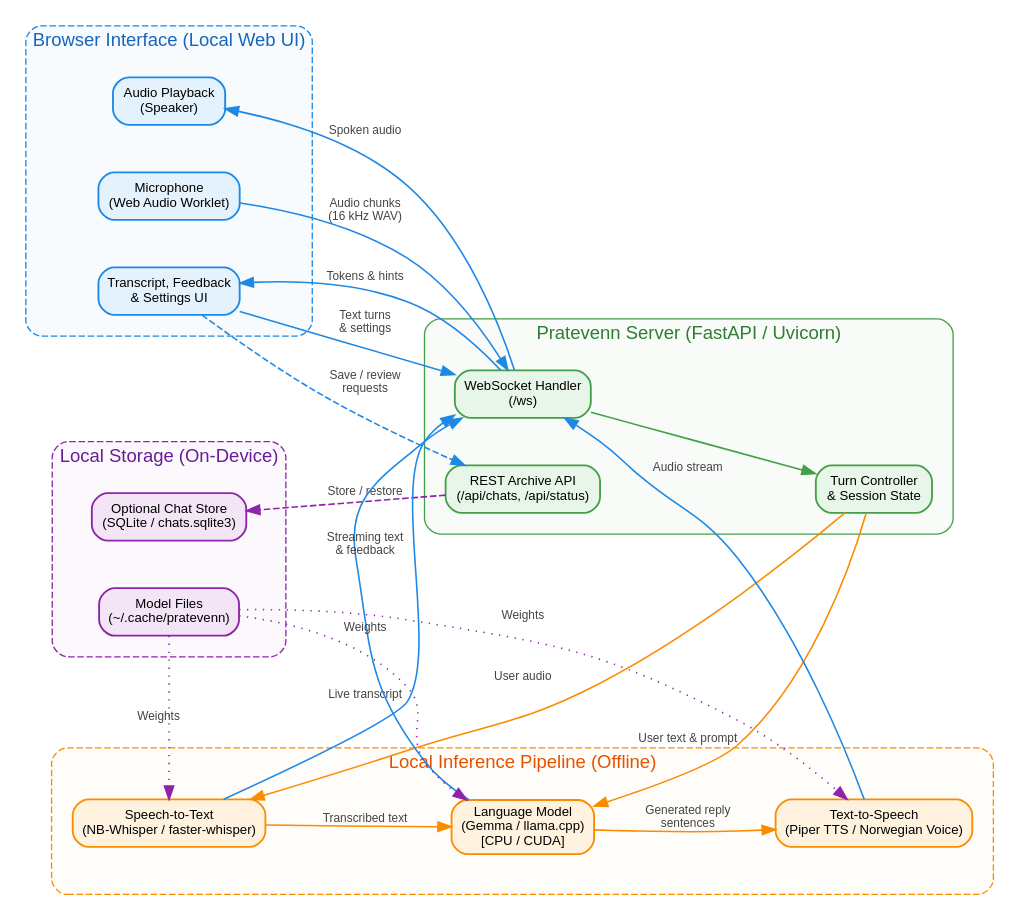
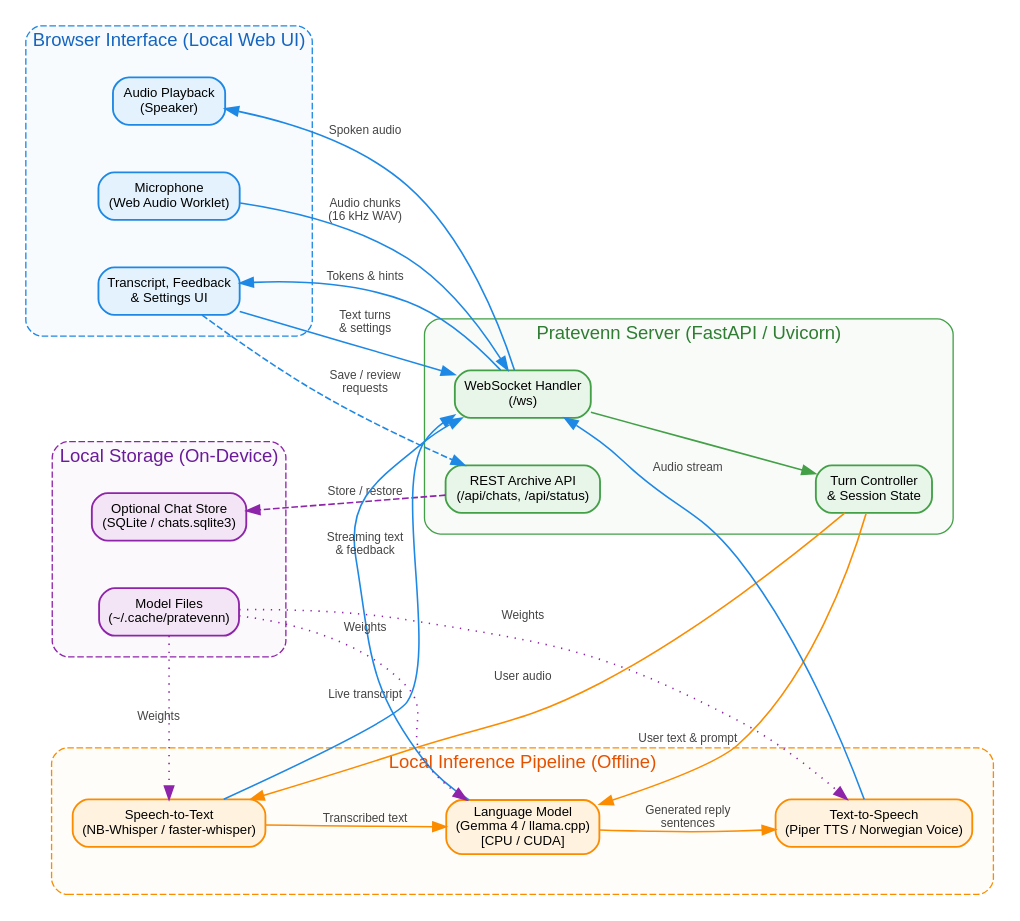
One commit to UrukiApp/pratevenn changed the diagram in docs/assets/diagrams/architecture.dot. Above: the diagram before and after it, drawn with Graphviz. The commit also changed 16 other files, not shown here.

```diff
--- a/docs/assets/diagrams/architecture.dot
+++ b/docs/assets/diagrams/architecture.dot
@@ -1,108 +1,108 @@
 digraph PratevennArchitecture {
     fontname = "Helvetica,Arial,sans-serif"
     layout = dot
     rankdir = LR
     ranksep = 0.8
     nodesep = 0.5
     splines = true
     compound = true
     bgcolor = "white"
 
     node [
         fontname = "Helvetica,Arial,sans-serif",
         shape = box,
         style = "filled,rounded",
         color = "#555555",
         fillcolor = "white",
         penwidth = 1.4,
         fontsize = 10
     ]
 
     edge [
         fontname = "Helvetica,Arial,sans-serif",
         color = "#444444",
         fontsize = 9,
         fontcolor = "#444444",
         penwidth = 1.2
     ]
 
     subgraph cluster_browser {
         label = "Browser Interface (Local Web UI)"
         style = "rounded,dashed"
         color = "#1E88E5"
         fontcolor = "#1565C0"
         bgcolor = "#F8FBFE"
         margin = 16
 
         mic [label = "Microphone\n(Web Audio Worklet)", fillcolor = "#E3F2FD", color = "#1E88E5"]
         ui [label = "Transcript, Feedback\n& Settings UI", fillcolor = "#E3F2FD", color = "#1E88E5"]
         speaker [label = "Audio Playback\n(Speaker)", fillcolor = "#E3F2FD", color = "#1E88E5"]
     }
 
     subgraph cluster_server {
         label = "Pratevenn Server (FastAPI / Uvicorn)"
         style = "rounded"
         color = "#43A047"
         fontcolor = "#2E7D32"
         bgcolor = "#F9FBF9"
         margin = 16
 
         ws [label = "WebSocket Handler\n(/ws)", fillcolor = "#E8F5E9", color = "#43A047"]
         turn_ctrl [label = "Turn Controller\n& Session State", fillcolor = "#E8F5E9", color = "#43A047"]
         api [label = "REST Archive API\n(/api/chats, /api/status)", fillcolor = "#E8F5E9", color = "#43A047"]
     }
 
     subgraph cluster_pipeline {
         label = "Local Inference Pipeline (Offline)"
         style = "rounded,dashed"
         color = "#FB8C00"
         fontcolor = "#E65100"
         bgcolor = "#FFFDF9"
         margin = 16
 
         stt [label = "Speech-to-Text\n(NB-Whisper / faster-whisper)", fillcolor = "#FFF3E0", color = "#FB8C00"]
-        llm [label = "Language Model\n(Gemma / llama.cpp)\n[CPU / CUDA]", fillcolor = "#FFF3E0", color = "#FB8C00"]
+        llm [label = "Language Model\n(Gemma 4 / llama.cpp)\n[CPU / CUDA]", fillcolor = "#FFF3E0", color = "#FB8C00"]
         tts [label = "Text-to-Speech\n(Piper TTS / Norwegian Voice)", fillcolor = "#FFF3E0", color = "#FB8C00"]
     }
 
     subgraph cluster_storage {
         label = "Local Storage (On-Device)"
         style = "rounded,dashed"
         color = "#8E24AA"
         fontcolor = "#6A1B9A"
         bgcolor = "#FCF9FD"
         margin = 16
 
         model_cache [label = "Model Files\n(~/.cache/pratevenn)", fillcolor = "#F3E5F5", color = "#8E24AA"]
         chat_db [label = "Optional Chat Store\n(SQLite / chats.sqlite3)", fillcolor = "#F3E5F5", color = "#8E24AA"]
     }
 
     // Audio & Text inputs
     mic -> ws [label = "Audio chunks\n(16 kHz WAV)", color = "#1E88E5"]
     ui -> ws [label = "Text turns\n& settings", color = "#1E88E5"]
     ui -> api [label = "Save / review\nrequests", color = "#1E88E5", style = "dashed"]
 
     // Server routing
     ws -> turn_ctrl [color = "#43A047"]
     api -> chat_db [label = "Store / restore", color = "#8E24AA", style = "dashed"]
 
     // Turn controller to pipeline
     turn_ctrl -> stt [label = "User audio", color = "#FB8C00"]
     turn_ctrl -> llm [label = "User text & prompt", color = "#FB8C00"]
 
     // Pipeline flow
     stt -> llm [label = "Transcribed text", color = "#FB8C00"]
     llm -> tts [label = "Generated reply\nsentences", color = "#FB8C00"]
 
     // Responses back to client
     stt -> ws [label = "Live transcript", color = "#1E88E5"]
     llm -> ws [label = "Streaming text\n& feedback", color = "#1E88E5"]
     tts -> ws [label = "Audio stream", color = "#1E88E5"]
     ws -> speaker [label = "Spoken audio", color = "#1E88E5"]
     ws -> ui [label = "Tokens & hints", color = "#1E88E5"]
 
     // Model loading
     model_cache -> stt [style = "dotted", color = "#8E24AA", label = "Weights"]
     model_cache -> llm [style = "dotted", color = "#8E24AA", label = "Weights"]
     model_cache -> tts [style = "dotted", color = "#8E24AA", label = "Weights"]
 }
```
